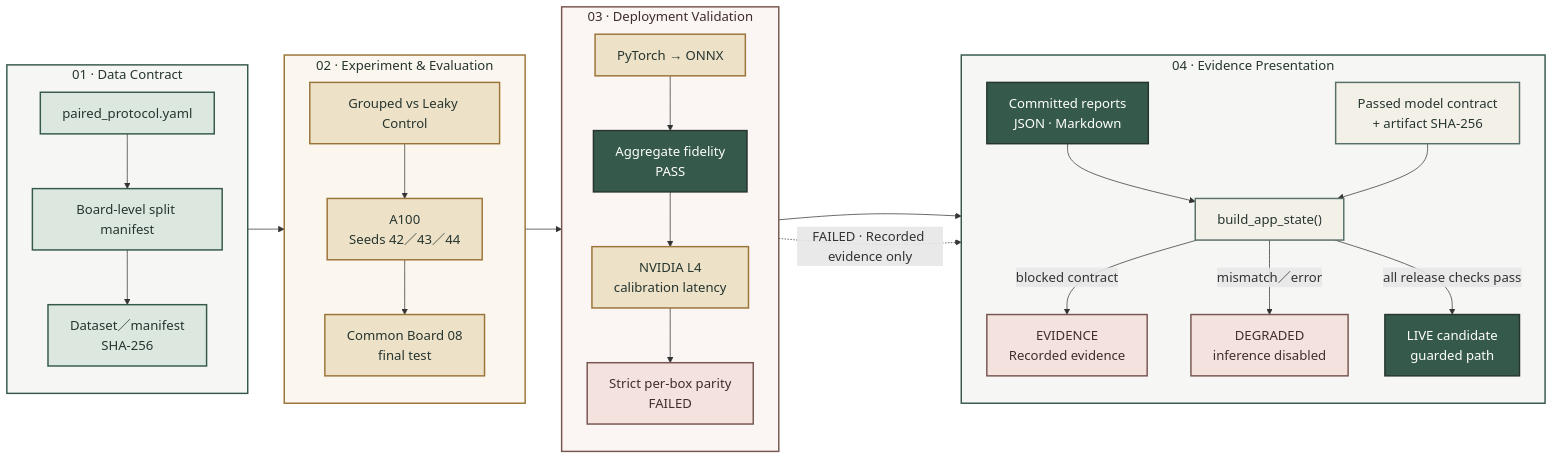
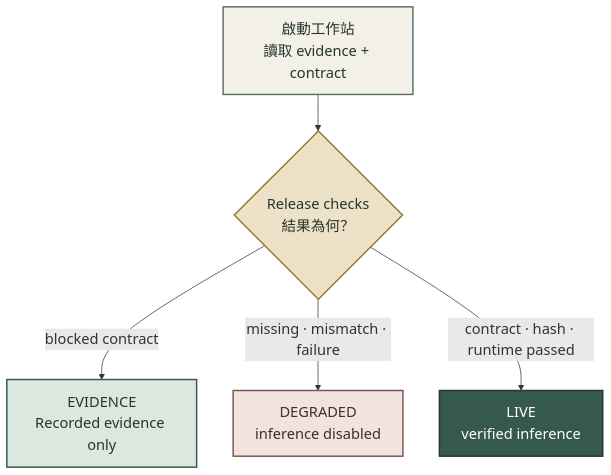
Before and after one commit to kuotunyu/pcb-defect-detection: the third of 5 diagrams in README.md, drawn with Mermaid. The commit also changed other lines of this file, not shown here.

Commit message:
docs: make README diagrams readable

````diff
--- a/README.md
+++ b/README.md
@@ -109,67 +130,29 @@
 ```mermaid
-%%{init: {'themeVariables': {'fontSize': '18px'}}}%%
-flowchart LR
-    accTitle: PCB 瑕疵偵測的 evidence-first 四層架構
-    accDescr: 凍結資料 contract 驅動成對實驗與部署驗證，產生 committed evidence；failed strict parity 只能進入 Recorded evidence 或 Degraded mode。
+%%{init: {'themeVariables': {'fontSize': '20px'}}}%%
+flowchart TB
+    accTitle: PCB 人工複核工作站的 fail-closed 啟動門控
+    accDescr: 工作站先讀取 committed evidence 與 model contract；blocked contract 顯示 Recorded evidence，資料錯誤進入 Degraded，全部 release checks 通過才進入 Live。
 
-    subgraph Data["01 · Data Contract"]
-        direction TB
-        Config["paired_protocol.yaml"]
-        Split["Board-level split manifest"]
-        Hash["Dataset／manifest<br/>SHA-256"]
-        Config --> Split --> Hash
-    end
+    Start["啟動工作站<br/>讀取 evidence + contract"]
+    Gate{"Release checks<br/>結果為何？"}
+    Evidence["EVIDENCE<br/>Recorded evidence only"]
+    Degraded["DEGRADED<br/>inference disabled"]
+    Live["LIVE<br/>verified inference"]
 
-    subgraph Experiment["02 · Experiment & Evaluation"]
-        direction TB
-        Paired["Grouped vs Leaky Control"]
-        A100["A100<br/>Seeds 42／43／44"]
-        Final["Common Board 08<br/>final test"]
-        Paired --> A100 --> Final
-    end
+    Start --> Gate
+    Gate -->|blocked contract| Evidence
+    Gate -->|missing · mismatch · failure| Degraded
+    Gate -->|contract · hash · runtime passed| Live
 
-    subgraph Validation["03 · Deployment Validation"]
-        direction TB
-        Export["PyTorch → ONNX"]
-        Aggregate["Aggregate fidelity<br/>PASS"]
-        L4["NVIDIA L4<br/>calibration latency"]
-        Strict["Strict per-box parity<br/>FAILED"]
-        Export --> Aggregate --> L4 --> Strict
-    end
+    classDef neutral fill:#F3F0E8,stroke:#587069,stroke-width:2px,color:#26352F
+    classDef decision fill:#EDE2C8,stroke:#9A7438,stroke-width:2px,color:#26352F
+    classDef evidence fill:#DCE7DF,stroke:#35594A,stroke-width:2px,color:#26352F
+    classDef blocked fill:#F3E2DD,stroke:#785650,stroke-width:2px,color:#3F2E2B
+    classDef live fill:#35594A,stroke:#26352F,stroke-width:2px,color:#FFFFFF
 
-    subgraph Presentation["04 · Evidence Presentation"]
-        direction TB
-        Reports["Committed reports<br/>JSON · Markdown"]
-        State["build_app_state()"]
-        EvidenceMode["EVIDENCE<br/>Recorded evidence"]
-        Degraded["DEGRADED<br/>inference disabled"]
-        Live["LIVE candidate<br/>guarded path"]
-        Reports --> State
-        Contract["Passed model contract<br/>+ artifact SHA-256"] --> State
-        State -->|blocked contract| EvidenceMode
-        State -->|mismatch／error| Degraded
-        State -->|all release checks pass| Live
-    end
-
-    Hash --> Paired
-    Final --> Export
-    Strict --> Reports
-    Strict -.->|FAILED · Recorded evidence only| EvidenceMode
-
-    classDef contract fill:#DCE7DF,stroke:#35594A,stroke-width:2px,color:#26352F
-    classDef process fill:#EDE2C8,stroke:#9A7438,stroke-width:2px,color:#26352F
-    classDef verified fill:#35594A,stroke:#26352F,stroke-width:2px,color:#FFFFFF
-    classDef blocked fill:#F3E2DD,stroke:#785650,stroke-width:2px,color:#3F2E2B
-    classDef neutral fill:#F3F0E8,stroke:#587069,stroke-width:2px,color:#26352F
-
-    class Config,Split,Hash contract
-    class Paired,A100,Final,Export,L4 process
-    class Aggregate,Reports,Live verified
-    class Strict,EvidenceMode,Degraded blocked
-    class State,Contract neutral
-
-    style Data fill:#F6F7F4,stroke:#35594A,stroke-width:2px,color:#26352F
-    style Experiment fill:#FBF7EE,stroke:#9A7438,stroke-width:2px,color:#26352F
-    style Validation fill:#FBF5F3,stroke:#785650,stroke-width:2px,color:#3F2E2B
-    style Presentation fill:#F6F7F4,stroke:#35594A,stroke-width:2px,color:#26352F
+    class Start neutral
+    class Gate decision
+    class Evidence evidence
+    class Degraded blocked
+    class Live live
 ```
````
